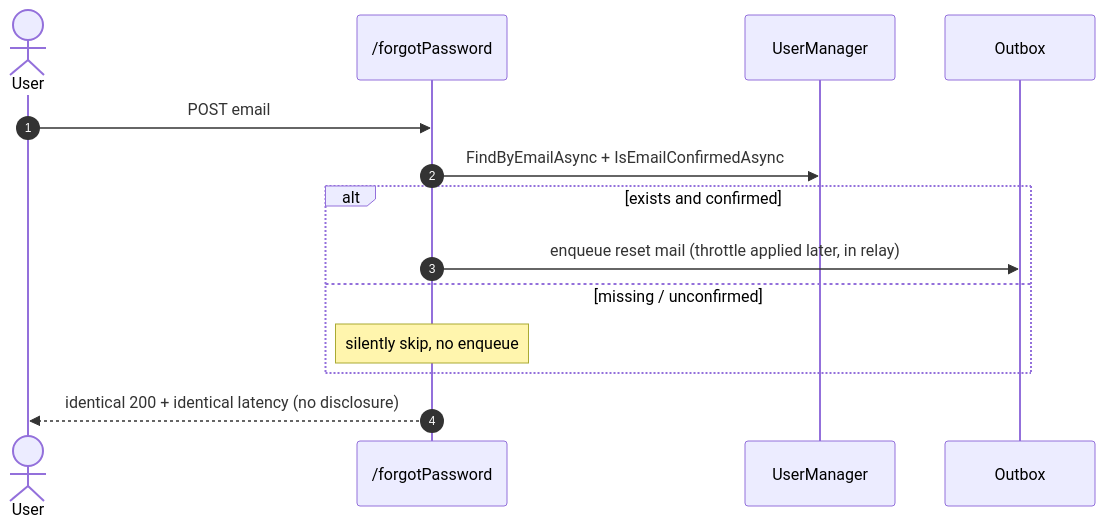
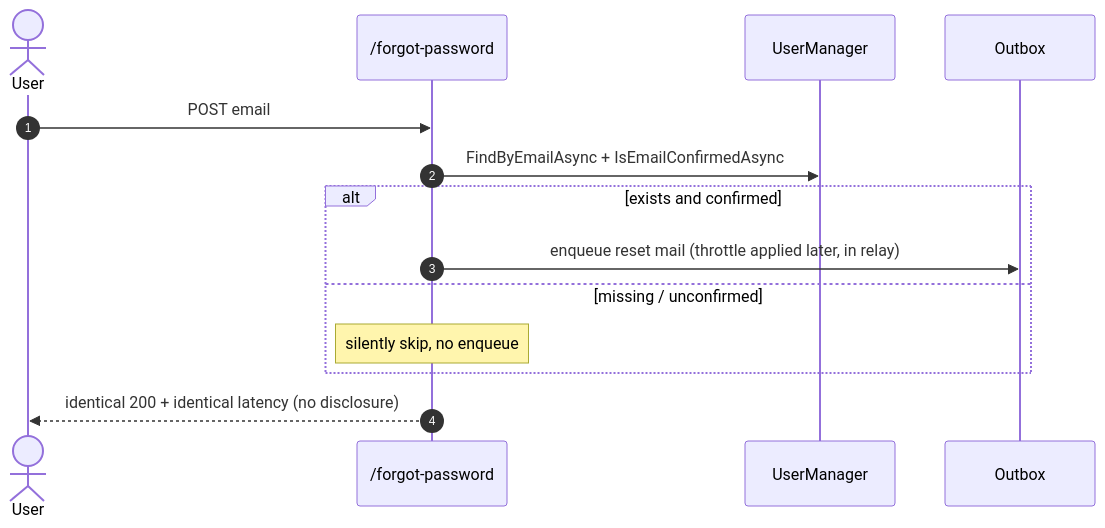
One commit to namphuongtran/nami changed the fifth of 6 diagrams in docs/design/10-email-notification.md. Above: the diagram before and after it, drawn with Mermaid. The commit also changed other lines of this file and 5 other files, not shown here.

````diff
--- a/docs/design/10-email-notification.md
+++ b/docs/design/10-email-notification.md
@@ -378,17 +378,17 @@
 ```mermaid
 sequenceDiagram
   autonumber
   actor U as User
-  participant EP as /forgotPassword
+  participant EP as /forgot-password
   participant UM as UserManager
   participant OB as Outbox
 
   U->>EP: POST email
   EP->>UM: FindByEmailAsync + IsEmailConfirmedAsync
   alt exists and confirmed
     EP->>OB: enqueue reset mail (throttle applied later, in relay)
   else missing / unconfirmed
     Note over EP: silently skip, no enqueue
   end
   EP-->>U: identical 200 + identical latency (no disclosure)
 ```
````
